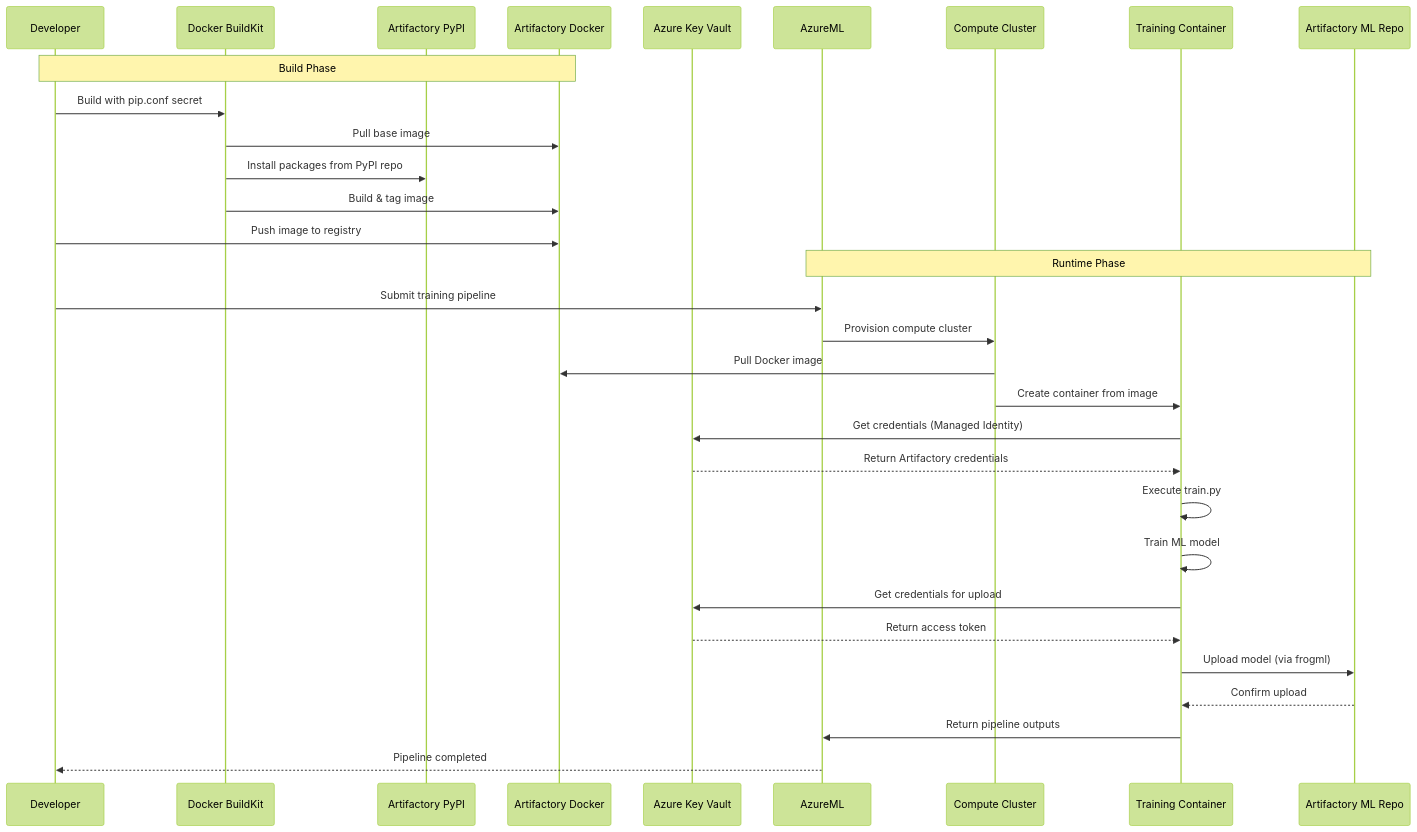
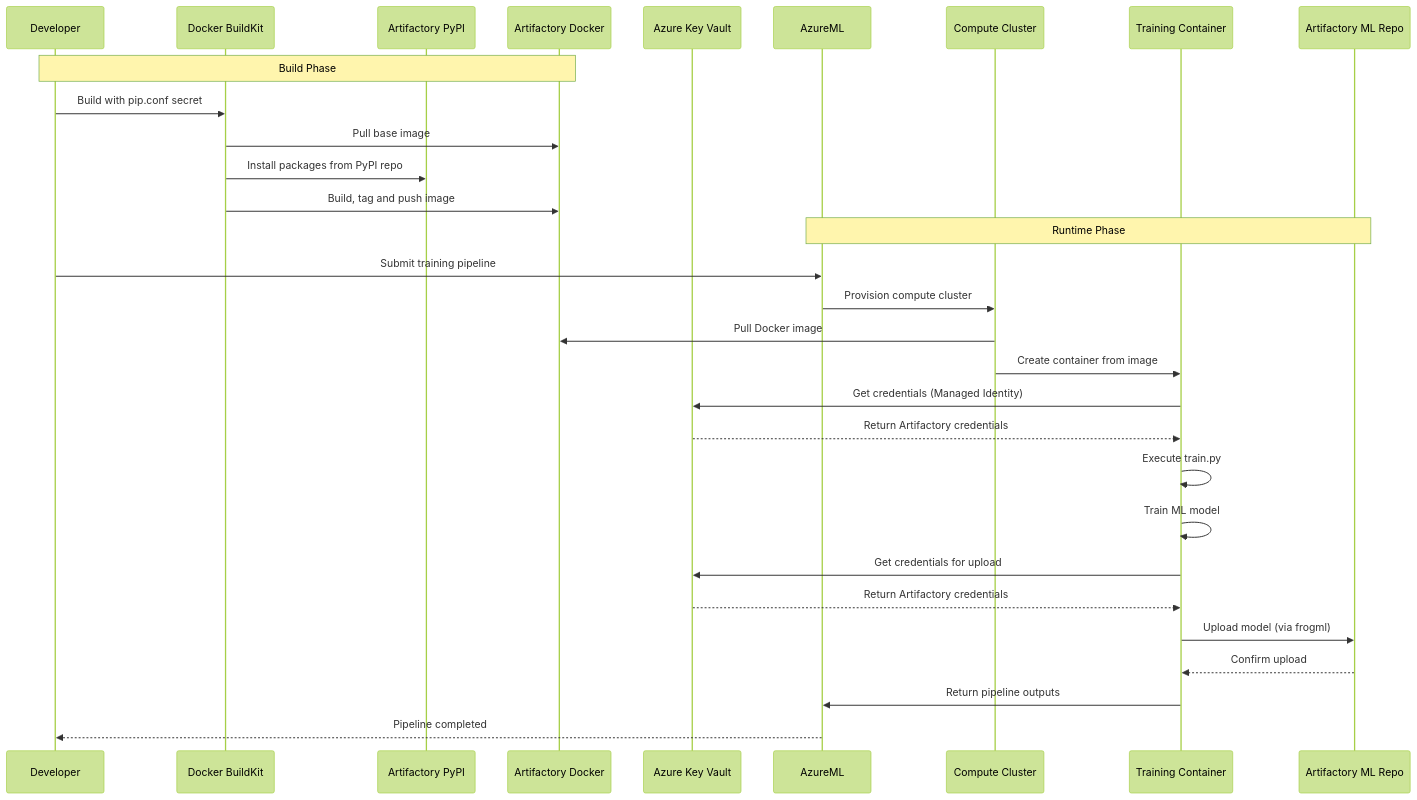
The second of 2 diagrams in README.md (jfrog/JFrog-AzureML-integration), drawn with Mermaid (forest theme) before and after one commit. The commit also changed other lines of this file, not shown here.

````diff
--- a/README.md
+++ b/README.md
@@ -140,35 +136,34 @@
 ```mermaid
 sequenceDiagram
     participant Dev as Developer
     participant Docker as Docker BuildKit
     participant ArtPyPI as Artifactory PyPI
     participant ArtDocker as Artifactory Docker
     participant KV as Azure Key Vault
     participant AML as AzureML
     participant Compute as Compute Cluster
     participant Container as Training Container
     participant ArtML as Artifactory ML Repo
 
     Note over Dev,ArtDocker: Build Phase
     Dev->>Docker: Build with pip.conf secret
     Docker->>ArtDocker: Pull base image
     Docker->>ArtPyPI: Install packages from PyPI repo
-    Docker->>ArtDocker: Build & tag image
-    Dev->>ArtDocker: Push image to registry
+    Docker->>ArtDocker: Build, tag and push image
 
     Note over AML,ArtML: Runtime Phase
     Dev->>AML: Submit training pipeline
     AML->>Compute: Provision compute cluster
     Compute->>ArtDocker: Pull Docker image
     Compute->>Container: Create container from image
     Container->>KV: Get credentials (Managed Identity)
     KV-->>Container: Return Artifactory credentials
     Container->>Container: Execute train.py
     Container->>Container: Train ML model
     Container->>KV: Get credentials for upload
-    KV-->>Container: Return access token
+    KV-->>Container: Return Artifactory credentials
     Container->>ArtML: Upload model (via frogml)
     ArtML-->>Container: Confirm upload
     Container->>AML: Return pipeline outputs
     AML-->>Dev: Pipeline completed
 ```
````
